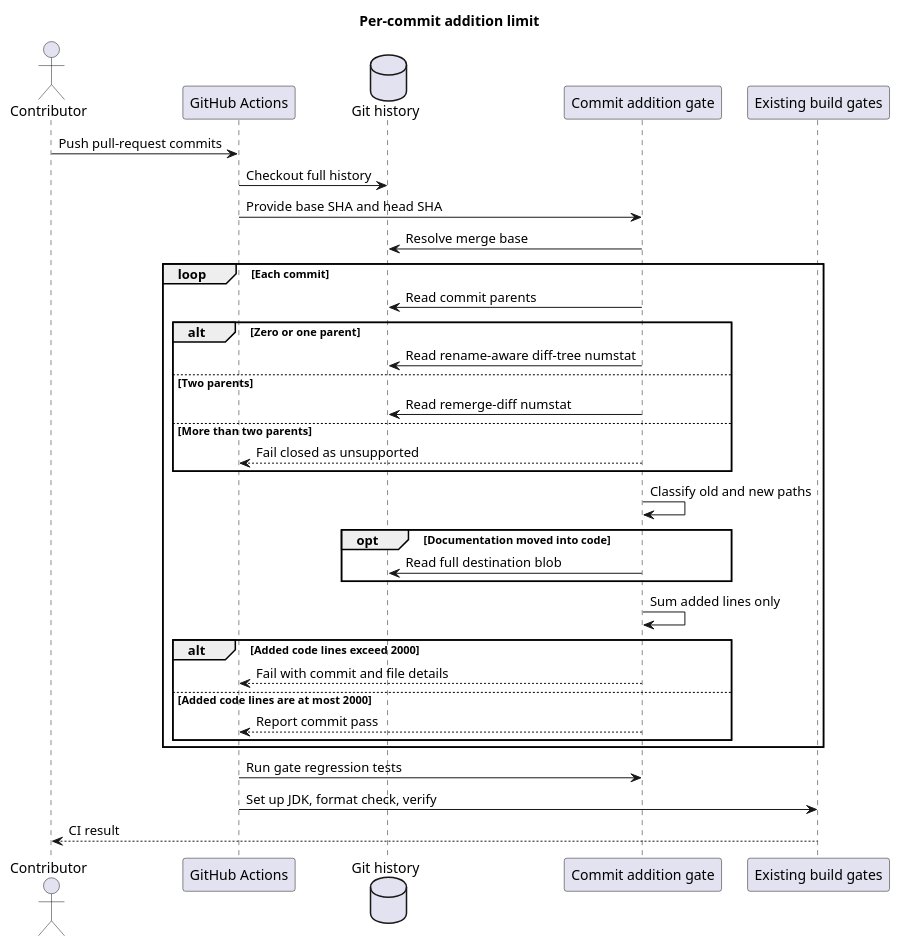
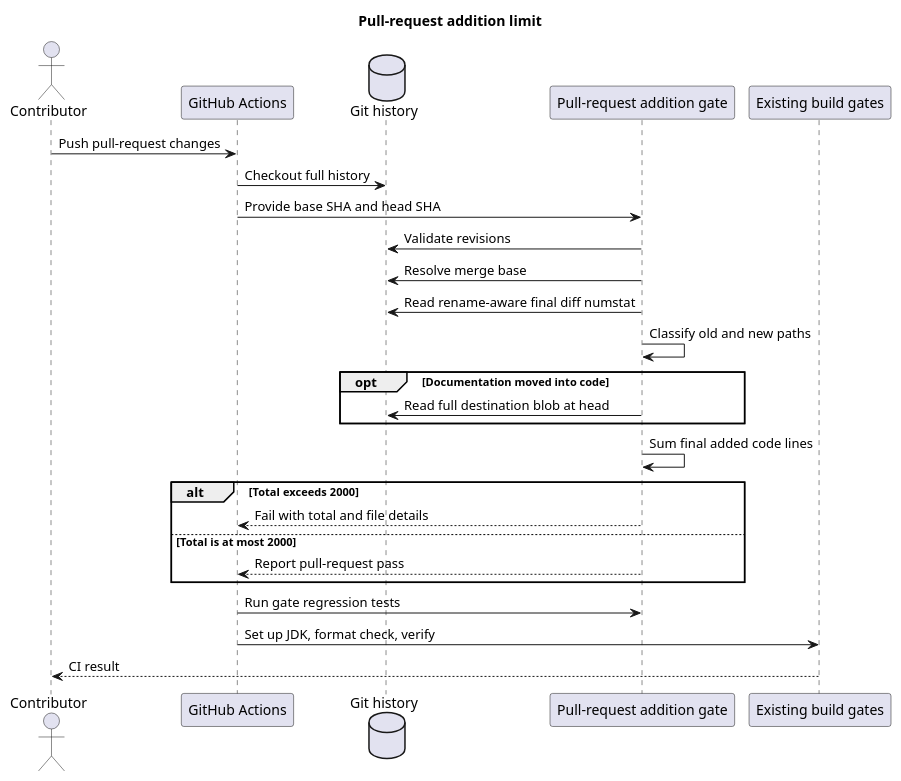
The diagram in docs/designs/commit-addition-limit/diagram.puml (2862282695gjh-afk/pi-mono-java), drawn with PlantUML before and after one commit. The commit also changed 4 other files, not shown here.

```diff
--- a/docs/designs/commit-addition-limit/diagram.puml
+++ b/docs/designs/commit-addition-limit/diagram.puml
@@ -1,44 +1,38 @@
 @startuml commit_addition_limit
-' Pre-change source evidence: .github/workflows/ci.yml:3-7,13,15-26 at c9d858bc8261bf07f5585f545b53495bf2226a56.
-' Reviewed implementation evidence: scripts/check-commit-additions.sh:40-202 and scripts/tests/check-commit-additions-test.sh:86-234 at 93a0c11952218cb03cb4f9b89927e2280820dbce.
-' Observed behavior: CI checked formatting and the Maven build without a commit-size gate.
-' Architecture change: the gate checks normal and merge-only commit additions and fails closed.
-' Design reason: bound reviewable commit size without charging documentation or target history.
-title Per-commit addition limit
+' Pre-change source evidence: .github/workflows/ci.yml:3-24, scripts/check-commit-additions.sh:40-202, and scripts/tests/check-commit-additions-test.sh:109-116 at 2df1ffd0b15044221ea1facd43b0797f5cdbb098.
+' Reviewed implementation evidence: scripts/check-commit-additions.sh:53-132 and scripts/tests/check-commit-additions-test.sh:109-133 at e7b68fd5a1b9c4699d30635d06b9467f3b8bdf2f.
+' Observed behavior: CI enforced the 2000-line limit independently for each commit.
+' Product constraint: the final pull-request additions must not exceed 2000 code lines in total.
+' Architecture change: the gate measures one final diff from the merge base to the pull-request head.
+' Design reason: prevent commit splitting from bypassing the pull-request review-size limit.
+title Pull-request addition limit
 
 actor Contributor
 participant "GitHub Actions" as Actions
 database "Git history" as Git
-participant "Commit addition gate" as Gate
+participant "Pull-request addition gate" as Gate
 participant "Existing build gates" as Build
 
-Contributor -> Actions: Push pull-request commits
+Contributor -> Actions: Push pull-request changes
 Actions -> Git: Checkout full history
 Actions -> Gate: Provide base SHA and head SHA
+Gate -> Git: Validate revisions
 Gate -> Git: Resolve merge base
+Gate -> Git: Read rename-aware final diff numstat
+Gate -> Gate: Classify old and new paths
 
-loop Each commit
-  Gate -> Git: Read commit parents
-  alt Zero or one parent
-    Gate -> Git: Read rename-aware diff-tree numstat
-  else Two parents
-    Gate -> Git: Read remerge-diff numstat
-  else More than two parents
-    Gate --> Actions: Fail closed as unsupported
-  end
-  Gate -> Gate: Classify old and new paths
-  opt Documentation moved into code
-    Gate -> Git: Read full destination blob
-  end
-  Gate -> Gate: Sum added lines only
-  alt Added code lines exceed 2000
-    Gate --> Actions: Fail with commit and file details
-  else Added code lines are at most 2000
-    Gate --> Actions: Report commit pass
-  end
+opt Documentation moved into code
+  Gate -> Git: Read full destination blob at head
+end
+
+Gate -> Gate: Sum final added code lines
+alt Total exceeds 2000
+  Gate --> Actions: Fail with total and file details
+else Total is at most 2000
+  Gate --> Actions: Report pull-request pass
 end
 
 Actions -> Gate: Run gate regression tests
 Actions -> Build: Set up JDK, format check, verify
 Build --> Contributor: CI result
 @enduml
```
